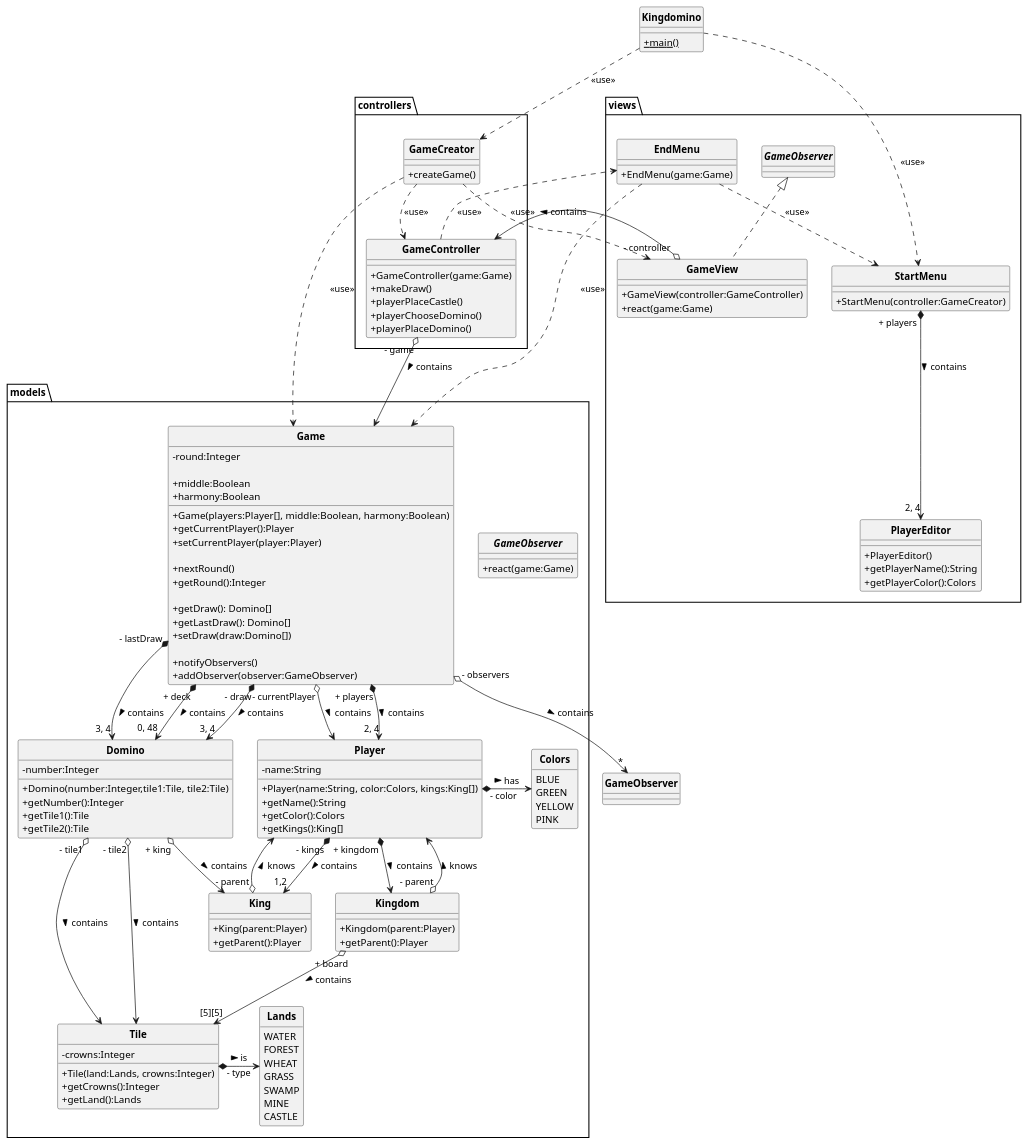
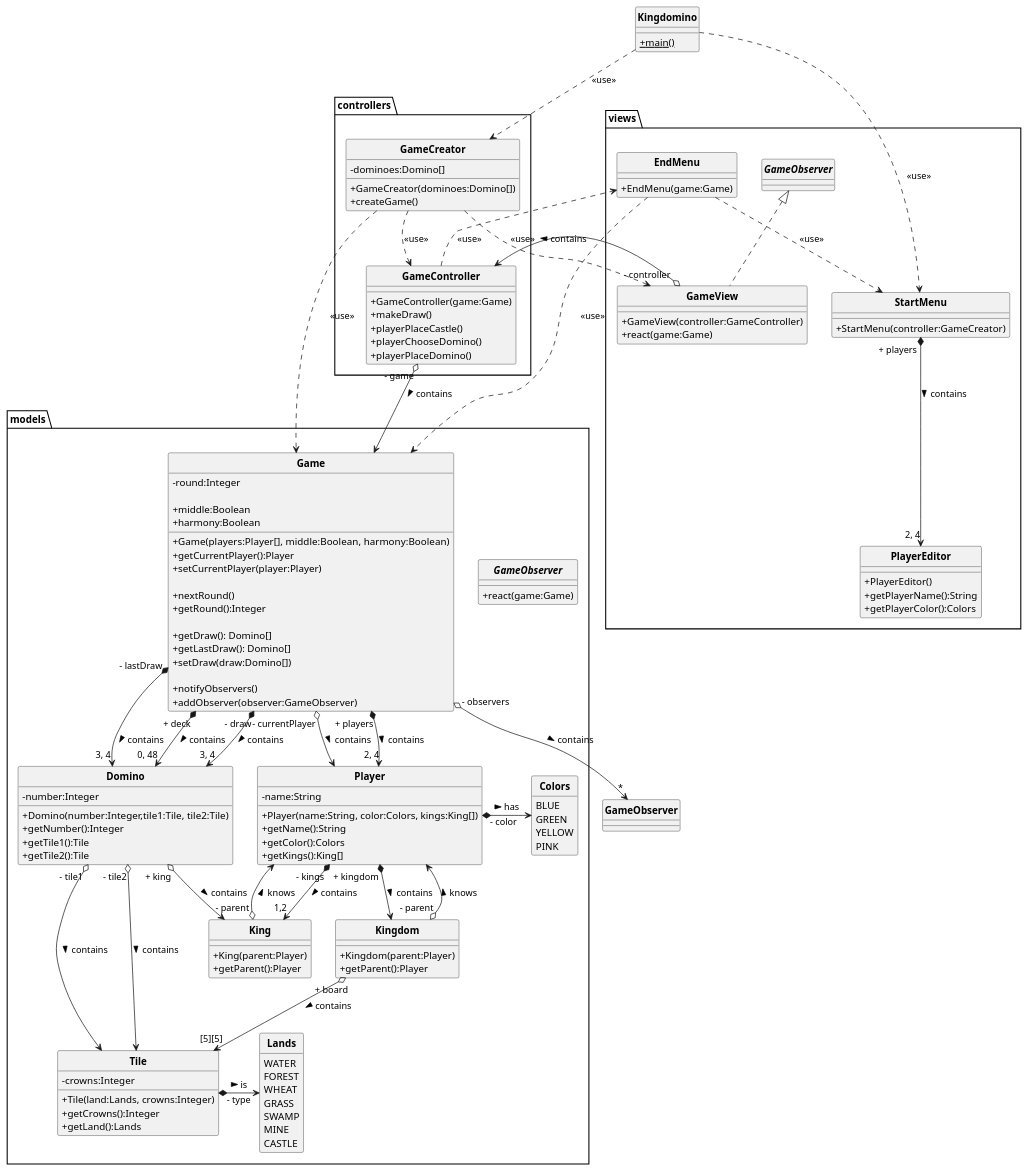
The diagram in rendu1/Kingdomino.puml (FranckG28/KingDomino), drawn with PlantUML before and after one commit. The commit also changed 4 other files, not shown here.

```diff
--- a/rendu1/Kingdomino.puml
+++ b/rendu1/Kingdomino.puml
@@ -1,176 +1,176 @@
 @startuml
 'https://plantuml.com/class-diagram
 
 skinparam style strictuml
 skinparam classAttributeIconSize 0
 skinparam classFontStyle Bold
 hide enum methods
 
 class Kingdomino {
     + {static}main()
 }
 
 package models {
 
     interface GameObserver {
         + react(game:Game)
     }
 
     class Game {
         + Game(players:Player[],  middle:Boolean, harmony:Boolean)
 
         - round:Integer
 
         + middle:Boolean
         + harmony:Boolean
 
         + getCurrentPlayer():Player
         + setCurrentPlayer(player:Player)
 
         + nextRound()
         + getRound():Integer
 
         + getDraw(): Domino[]
         + getLastDraw(): Domino[]
         + setDraw(draw:Domino[])
 
         + notifyObservers()
         + addObserver(observer:GameObserver)
-
     }
 
     class Player {
         + Player(name:String, color:Colors, kings:King[])
         - name:String
 
         + getName():String
         + getColor():Colors
         + getKings():King[]
-
     }
 
     class King {
         + King(parent:Player)
         + getParent():Player
     }
 
     class Kingdom {
         + Kingdom(parent:Player)
         + getParent():Player
     }
 
     class Domino {
         + Domino(number:Integer,tile1:Tile, tile2:Tile)
         - number:Integer
 
         + getNumber():Integer
         + getTile1():Tile
         + getTile2():Tile
-
     }
 
     class Tile {
         + Tile(land:Lands, crowns:Integer)
         - crowns:Integer
 
         + getCrowns():Integer
         + getLand():Lands
     }
 
     enum Lands {
         WATER
         FOREST
         WHEAT
         GRASS
         SWAMP
         MINE
         CASTLE
     }
 
     enum Colors {
         BLUE
         GREEN
         YELLOW
         PINK
     }
 
 }
 
 package views {
 
     class GameView implements GameObserver {
         + GameView(controller:GameController)
         + react(game:Game)
     }
 
     class StartMenu {
         + StartMenu(controller:GameCreator)
     }
 
     class EndMenu {
         + EndMenu(game:Game)
     }
 
     class PlayerEditor {
         + PlayerEditor()
         + getPlayerName():String
         + getPlayerColor():Colors
     }
 }
 
 package controllers {
 
     class GameController {
         + GameController(game:Game)
         + makeDraw()
         + playerPlaceCastle()
         + playerChooseDomino()
         + playerPlaceDomino()
     }
 
     class GameCreator {
+        - dominoes:Domino[]
+
+        + GameCreator(dominoes:Domino[])
         + createGame()
     }
 
 }
 
 Kingdomino ..> StartMenu : "<<use>>"
 Kingdomino ..> GameCreator : "<<use>>"
 
 GameCreator ..> Game : "<<use>>"
 GameCreator ..> GameView : "<<use>>"
 GameCreator ..> GameController : "<<use>>"
 
 Game " + players" *--> "2, 4" Player : > contains
 Game " + deck" *--> "0, 48" Domino : > contains
 Game " - draw" *--> "3, 4" Domino : > contains
 Game " - lastDraw" *--> "3, 4" Domino : > contains
 Game " - observers" o--> "*" GameObserver : > contains
 Game " - currentPlayer" o--> Player : > contains
 
 GameController " - game" o--> Game : > contains
 GameController ..> EndMenu : "<<use>>"
 
 GameView " - controller" o--> GameController : > contains
 
 StartMenu " + players" *--> "2, 4" PlayerEditor : > contains
 
 EndMenu ..> Game : "<<use>>"
 EndMenu ..> StartMenu : "<<use>>"
 
 Player " + kingdom"  *--> Kingdom : > contains
 Player " - kings" *--> "1,2" King : > contains
 Player " - color" *-> Colors : > has
 
 King " - parent" o--> Player : > knows
 
 Kingdom " - parent" o--> Player : > knows
 Kingdom " + board" o--> "[5][5]" Tile : > contains
 
 Domino " - tile1" o-> Tile : > contains
 Domino " - tile2" o-> Tile : > contains
 Domino " + king" o--> King : > contains
 
 Tile *-> Lands : " - type" > is
 
 @enduml
```
